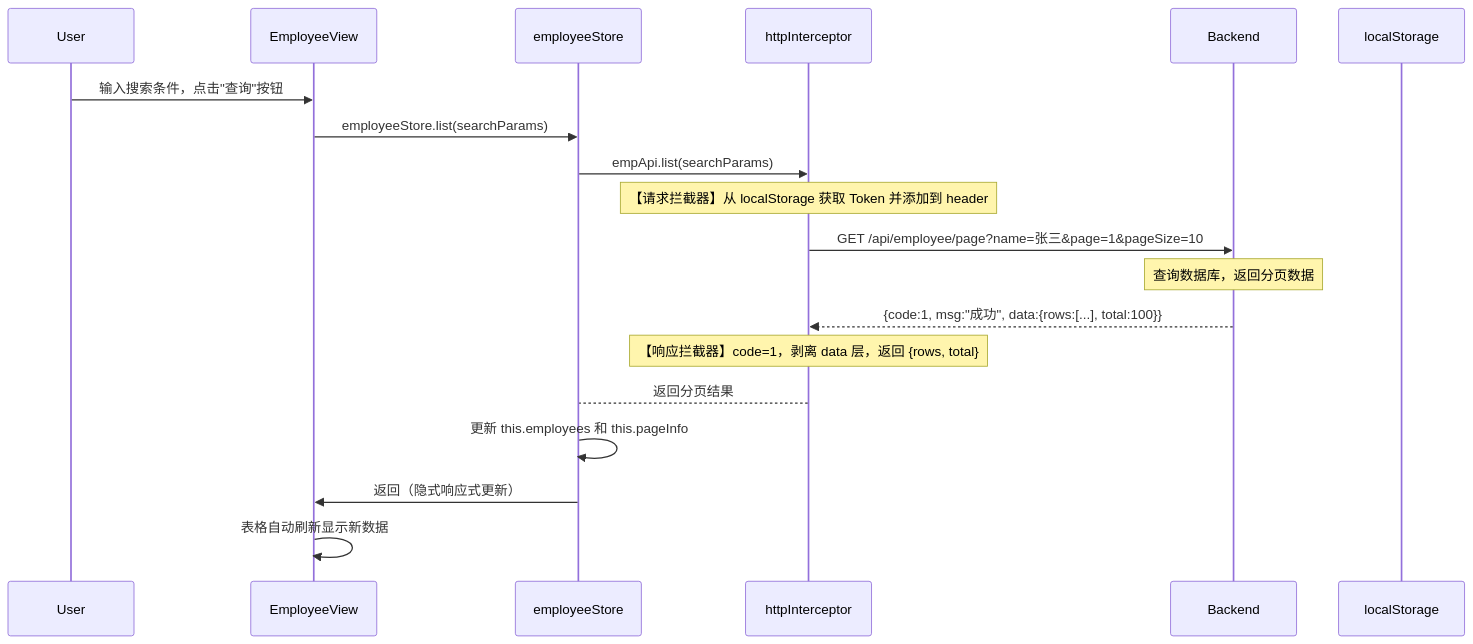
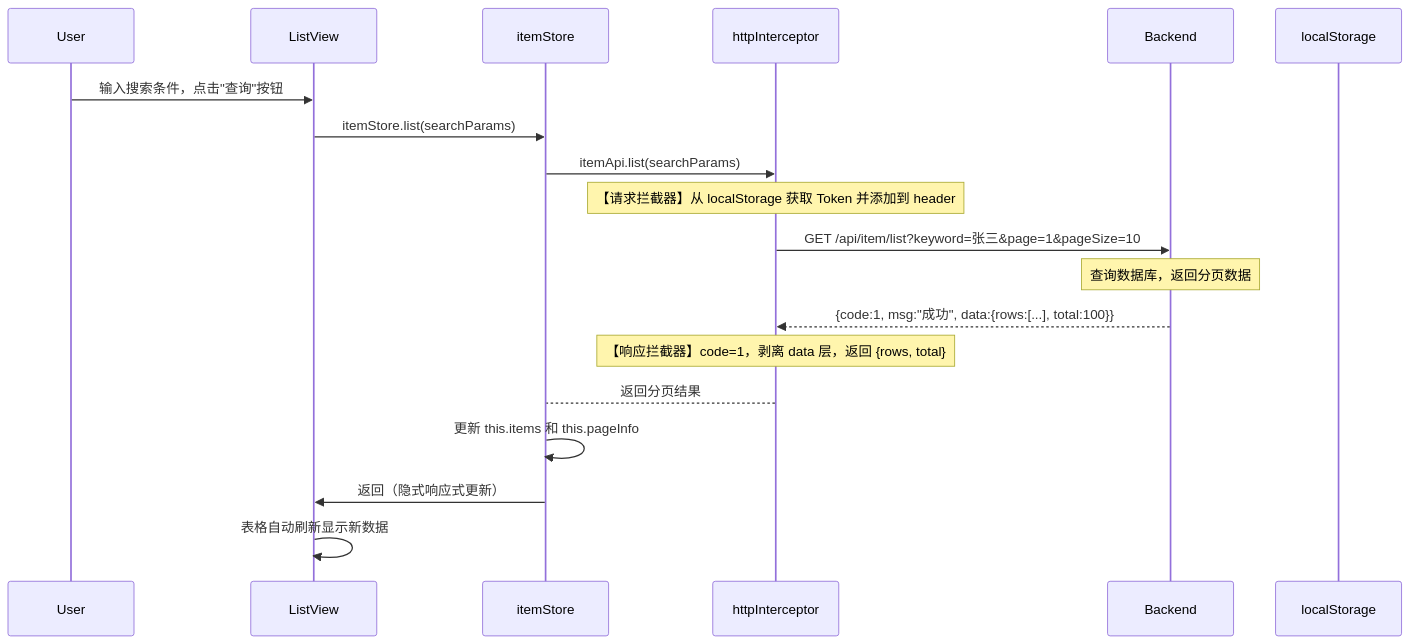
Before and after one commit to vansye/myKnowledgeWiki: the second of 2 diagrams in 学习/JavaWeb/Web前端设计/Vue-前端工程架构与请求响应流程.md, drawn with Mermaid. The commit also changed other lines of this file, not shown here.

````diff
--- a/学习/JavaWeb/Web前端设计/Vue-前端工程架构与请求响应流程.md
+++ b/学习/JavaWeb/Web前端设计/Vue-前端工程架构与请求响应流程.md
@@ -553,22 +560,22 @@
 ```mermaid
 sequenceDiagram
     participant User
-    participant EmployeeView
-    participant employeeStore
+    participant ListView
+    participant itemStore
     participant httpInterceptor
     participant Backend
     participant localStorage
 
-    User->>EmployeeView: 输入搜索条件，点击"查询"按钮
-    EmployeeView->>employeeStore: employeeStore.list(searchParams)
-    employeeStore->>httpInterceptor: empApi.list(searchParams)
+    User->>ListView: 输入搜索条件，点击"查询"按钮
+    ListView->>itemStore: itemStore.list(searchParams)
+    itemStore->>httpInterceptor: itemApi.list(searchParams)
     Note over httpInterceptor: 【请求拦截器】从 localStorage 获取 Token 并添加到 header
-    httpInterceptor->>Backend: GET /api/employee/page?name=张三&page=1&pageSize=10
+    httpInterceptor->>Backend: GET /api/item/list?keyword=张三&page=1&pageSize=10
     Note over Backend: 查询数据库，返回分页数据
     Backend-->>httpInterceptor: {code:1, msg:"成功", data:{rows:[...], total:100}}
     Note over httpInterceptor: 【响应拦截器】code=1，剥离 data 层，返回 {rows, total}
-    httpInterceptor-->employeeStore: 返回分页结果
-    employeeStore->>employeeStore: 更新 this.employees 和 this.pageInfo
-    employeeStore->>EmployeeView: 返回（隐式响应式更新）
-    EmployeeView->>EmployeeView: 表格自动刷新显示新数据
+    httpInterceptor-->itemStore: 返回分页结果
+    itemStore->>itemStore: 更新 this.items 和 this.pageInfo
+    itemStore->>ListView: 返回（隐式响应式更新）
+    ListView->>ListView: 表格自动刷新显示新数据
 ```
````
